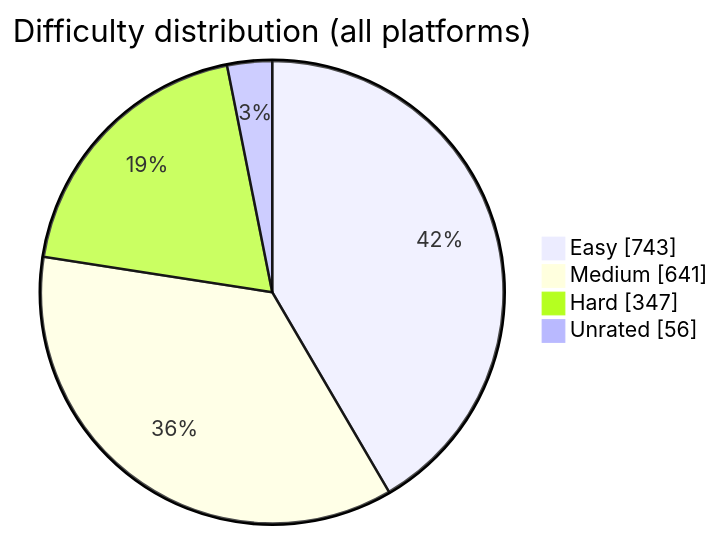
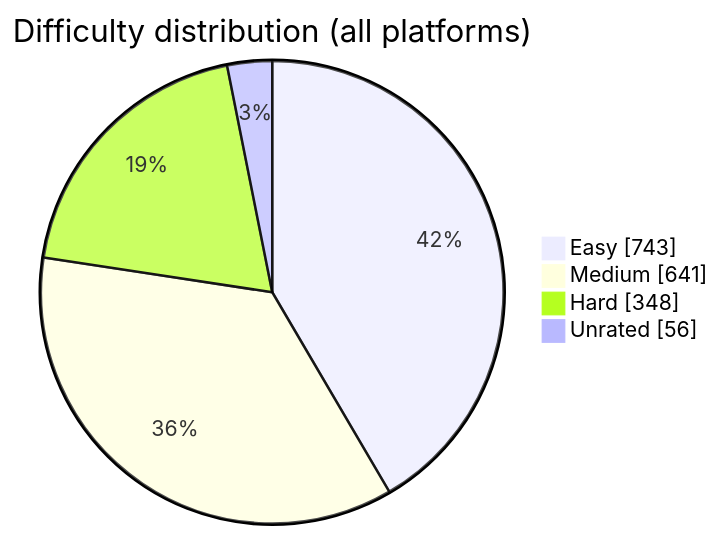
Before and after one commit to BuildbyArindam/Daily-Coding-Log: the diagram in README.md, drawn with Mermaid. The commit also changed other lines of this file, not shown here.

````diff
--- a/README.md
+++ b/README.md
@@ -108,7 +108,7 @@
 ```mermaid
 pie showData title Difficulty distribution (all platforms)
     "Easy" : 743
     "Medium" : 641
-    "Hard" : 347
+    "Hard" : 348
     "Unrated" : 56
 ```
````
